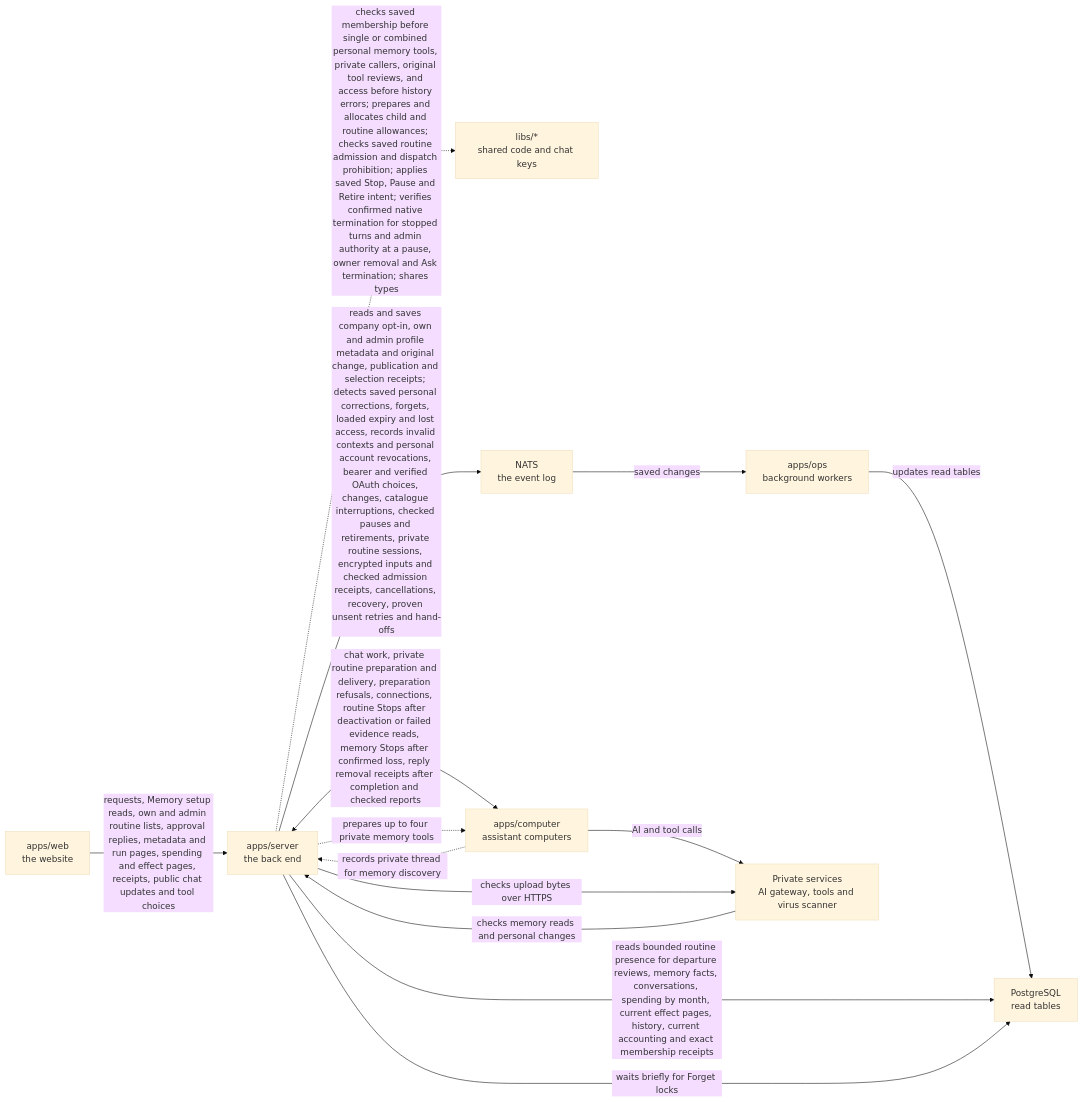
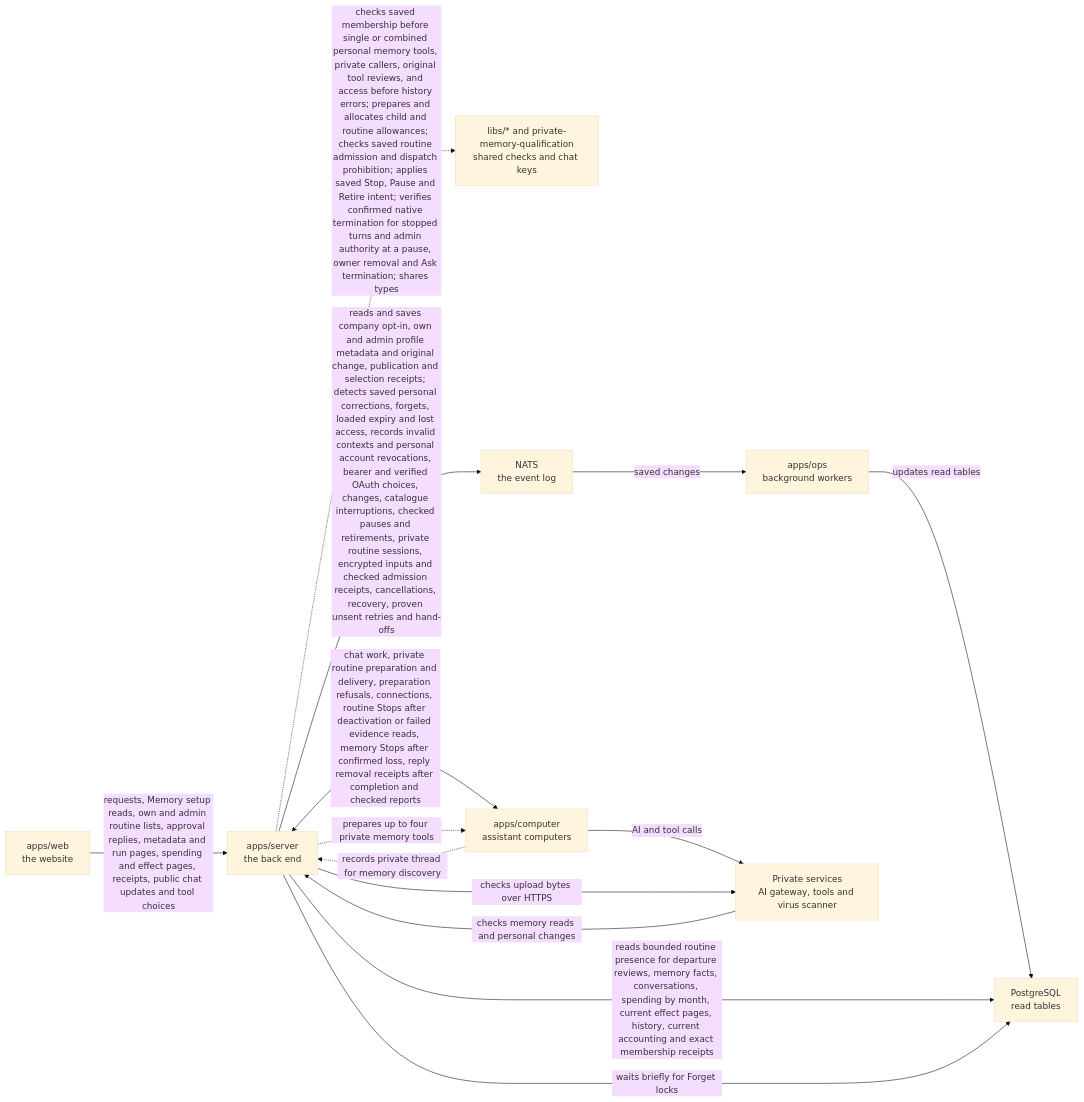
The diagram in apps/server/README.md (elewa-git/opencrane-new), drawn with Mermaid (base theme) before and after one commit. The commit also changed other lines of this file and 22 other files, not shown here.

First line of the commit message:
🧠 Personal memory is loaded only under the deployment's own qualification, with one membership check (#836)

````diff
--- a/apps/server/README.md
+++ b/apps/server/README.md
@@ -166,16 +169,16 @@
 ```mermaid
 flowchart LR
   web["apps/web<br/>the website"] -->|requests, Memory setup reads, own and admin routine lists, approval replies, metadata and run pages, spending and effect pages, receipts, public chat updates and tool choices| server["apps/server<br/>the back end"]
-  server -.->|checks saved membership before single or combined personal memory tools, private callers, original tool reviews, and access before history errors; prepares and allocates child and routine allowances; checks saved routine admission and dispatch prohibition; applies saved Stop, Pause and Retire intent; verifies confirmed native termination for stopped turns and admin authority at a pause, owner removal and Ask termination; shares types| libs["libs/*<br/>shared code and chat keys"]
+  server -.->|checks saved membership before single or combined personal memory tools, private callers, original tool reviews, and access before history errors; prepares and allocates child and routine allowances; checks saved routine admission and dispatch prohibition; applies saved Stop, Pause and Retire intent; verifies confirmed native termination for stopped turns and admin authority at a pause, owner removal and Ask termination; shares types| libs["libs/* and private-memory-qualification<br/>shared checks and chat keys"]
   server -->|reads and saves company opt-in, own and admin profile metadata and original change, publication and selection receipts; detects saved personal corrections, forgets, loaded expiry and lost access, records invalid contexts and personal account revocations, bearer and verified OAuth choices, changes, catalogue interruptions, checked pauses and retirements, private routine sessions, encrypted inputs and checked admission receipts, cancellations, recovery, proven unsent retries and hand-offs| nats["NATS<br/>the event log"]
   nats -->|saved changes| ops["apps/ops<br/>background workers"]
   ops -->|updates read tables| postgres["PostgreSQL<br/>read tables"]
   server -->|reads bounded routine presence for departure reviews, memory facts, conversations, spending by month, current effect pages, history, current accounting and exact membership receipts| postgres
   server -->|waits briefly for Forget locks| postgres
   server <-->|chat work, private routine preparation and delivery, preparation refusals, connections, routine Stops after deactivation or failed evidence reads, memory Stops after confirmed loss, reply removal receipts after completion and checked reports| computer["apps/computer<br/>assistant computers"]
   computer -.->|records private thread for memory discovery| server
   server -.->|prepares up to four private memory tools| computer
   computer -->|AI and tool calls| runtime["Private services<br/>AI gateway, tools and virus scanner"]
   server -->|checks upload bytes over HTTPS| runtime
   runtime -->|checks memory reads and personal changes| server
 ```
````
